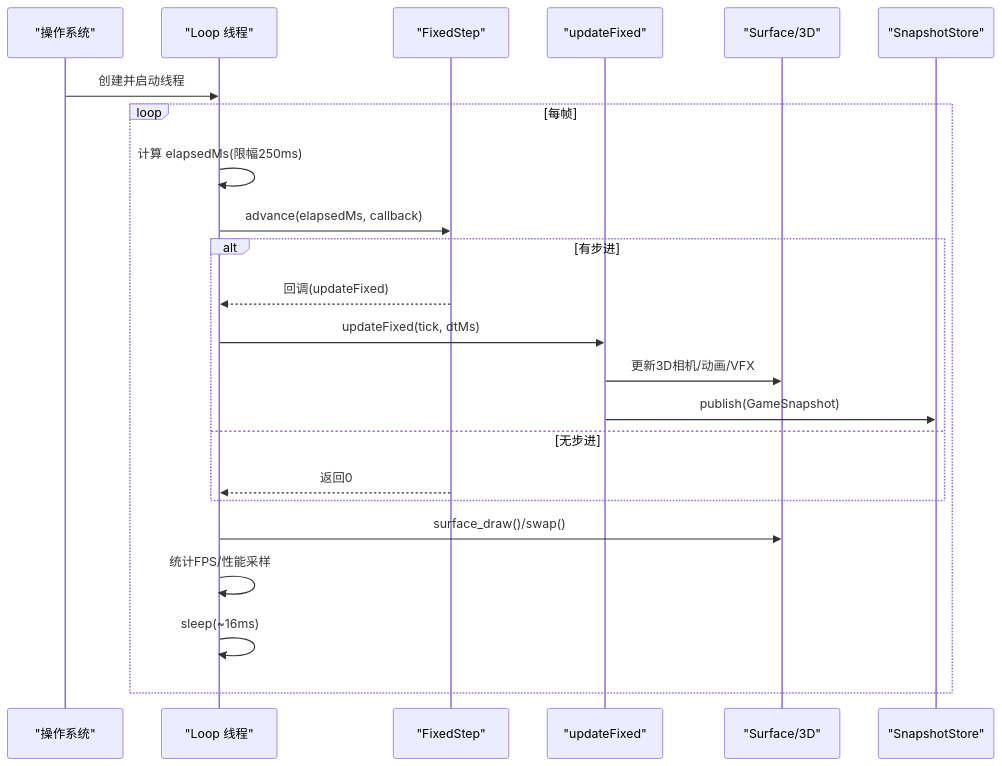
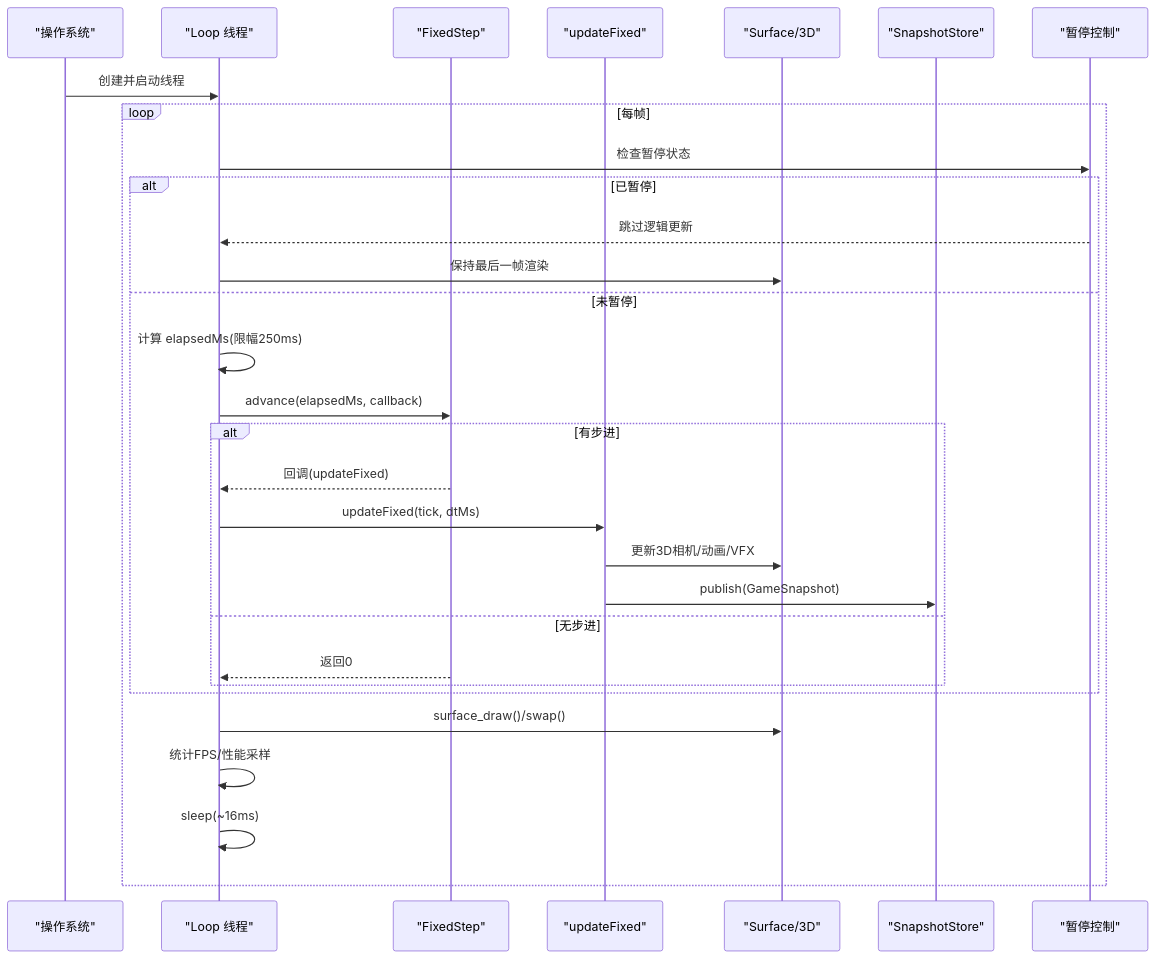
One commit to sj123sheng/my-world changed the second of 7 diagrams in .qoder/repowiki/zh/content/架构设计/分层架构设计/引擎层设计/游戏循环系统.md. Above: the diagram before and after it, drawn with Mermaid. The commit also changed other lines of this file and 161 other files, not shown here.

````diff
--- a/.qoder/repowiki/zh/content/架构设计/分层架构设计/引擎层设计/游戏循环系统.md
+++ b/.qoder/repowiki/zh/content/架构设计/分层架构设计/引擎层设计/游戏循环系统.md
@@ -122,25 +149,32 @@
 ```mermaid
 sequenceDiagram
 participant OS as "操作系统"
 participant Thread as "Loop 线程"
 participant FS as "FixedStep"
 participant Core as "updateFixed"
 participant Render as "Surface/3D"
 participant Store as "SnapshotStore"
+participant Pause as "暂停控制"
 OS->>Thread : 创建并启动线程
 loop 每帧
+Thread->>Pause : 检查暂停状态
+alt 已暂停
+Pause-->>Thread : 跳过逻辑更新
+Thread->>Render : 保持最后一帧渲染
+else 未暂停
 Thread->>Thread : 计算 elapsedMs(限幅250ms)
 Thread->>FS : advance(elapsedMs, callback)
 alt 有步进
 FS-->>Thread : 回调(updateFixed)
 Thread->>Core : updateFixed(tick, dtMs)
 Core->>Render : 更新3D相机/动画/VFX
 Core->>Store : publish(GameSnapshot)
 else 无步进
 FS-->>Thread : 返回0
 end
+end
 Thread->>Render : surface_draw()/swap()
 Thread->>Thread : 统计FPS/性能采样
 Thread->>Thread : sleep(~16ms)
 end
 ```
````
